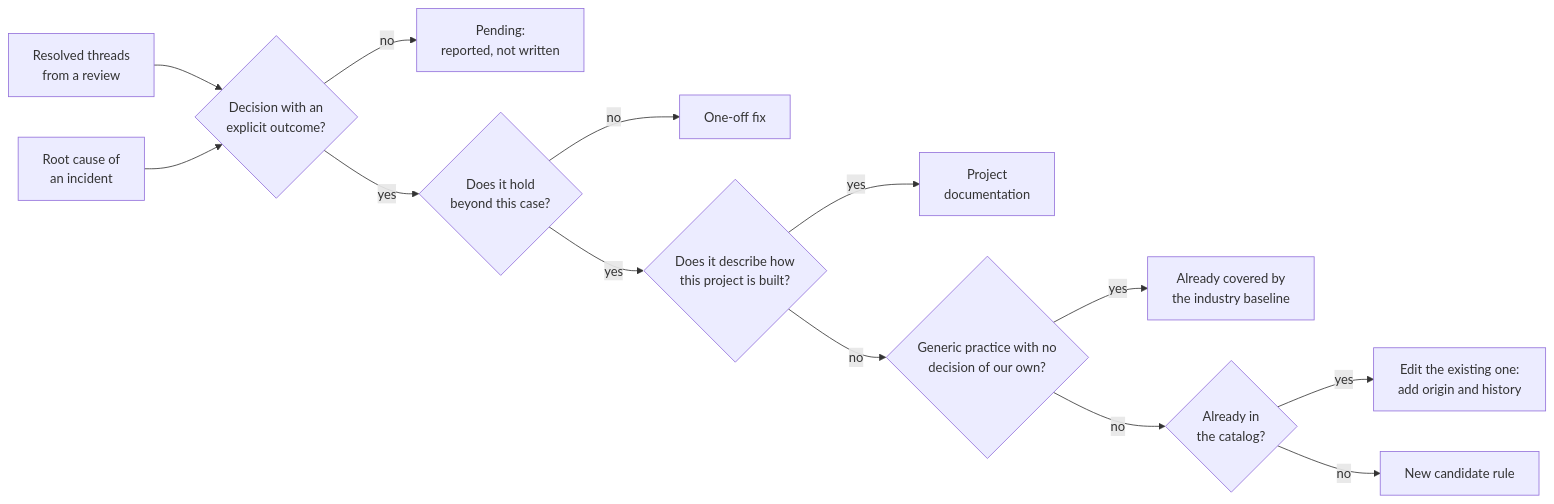
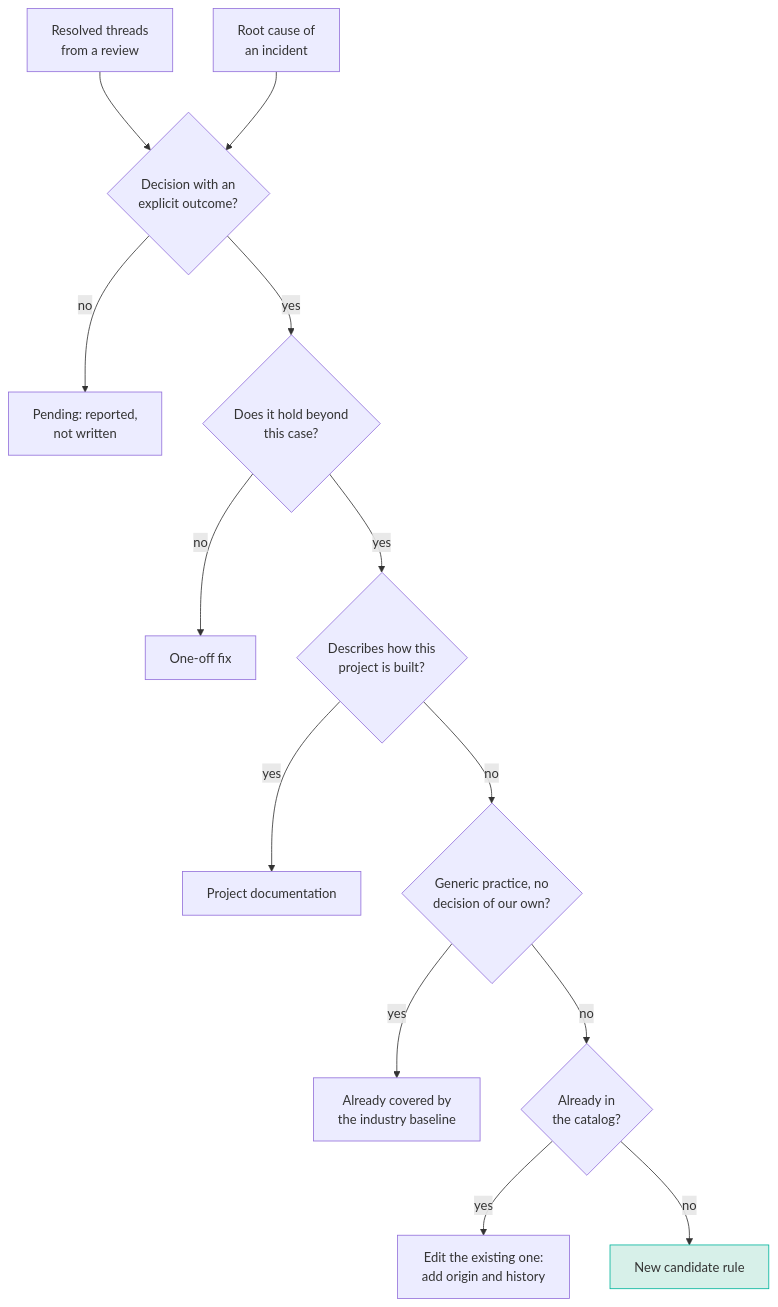
One commit to javierdres/cauce-framework changed the sixth of 8 diagrams in GATE.md. Above: the diagram before and after it, drawn with Mermaid. The commit also changed other lines of this file and 3 other files, not shown here.

First line of the commit message:
Four diagrams on how the work actually flows, and Spanish that reads like Spanish

````diff
--- a/GATE.md
+++ b/GATE.md
@@ -597,15 +607,17 @@
 ```mermaid
-flowchart LR
-    A["Resolved threads<br/>from a review"] --> C{"Decision with an<br/>explicit outcome?"}
+flowchart TD
+    A["Resolved threads<br/>from a review"] --> C
     B["Root cause of<br/>an incident"] --> C
-    C -->|no| D["Pending:<br/>reported, not written"]
-    C -->|yes| E{"Does it hold<br/>beyond this case?"}
+    C{"Decision with an<br/>explicit outcome?"}
+    C -->|no| D["Pending: reported,<br/>not written"]
+    C -->|yes| E{"Does it hold beyond<br/>this case?"}
     E -->|no| F["One-off fix"]
-    E -->|yes| G{"Does it describe how<br/>this project is built?"}
-    G -->|yes| H["Project<br/>documentation"]
-    G -->|no| I{"Generic practice with no<br/>decision of our own?"}
+    E -->|yes| G{"Describes how this<br/>project is built?"}
+    G -->|yes| H["Project documentation"]
+    G -->|no| I{"Generic practice, no<br/>decision of our own?"}
     I -->|yes| J["Already covered by<br/>the industry baseline"]
     I -->|no| K{"Already in<br/>the catalog?"}
     K -->|yes| L["Edit the existing one:<br/>add origin and history"]
     K -->|no| M["New candidate rule"]
+    style M fill:#d7f0e9,stroke:#00b49c
 ```
````
